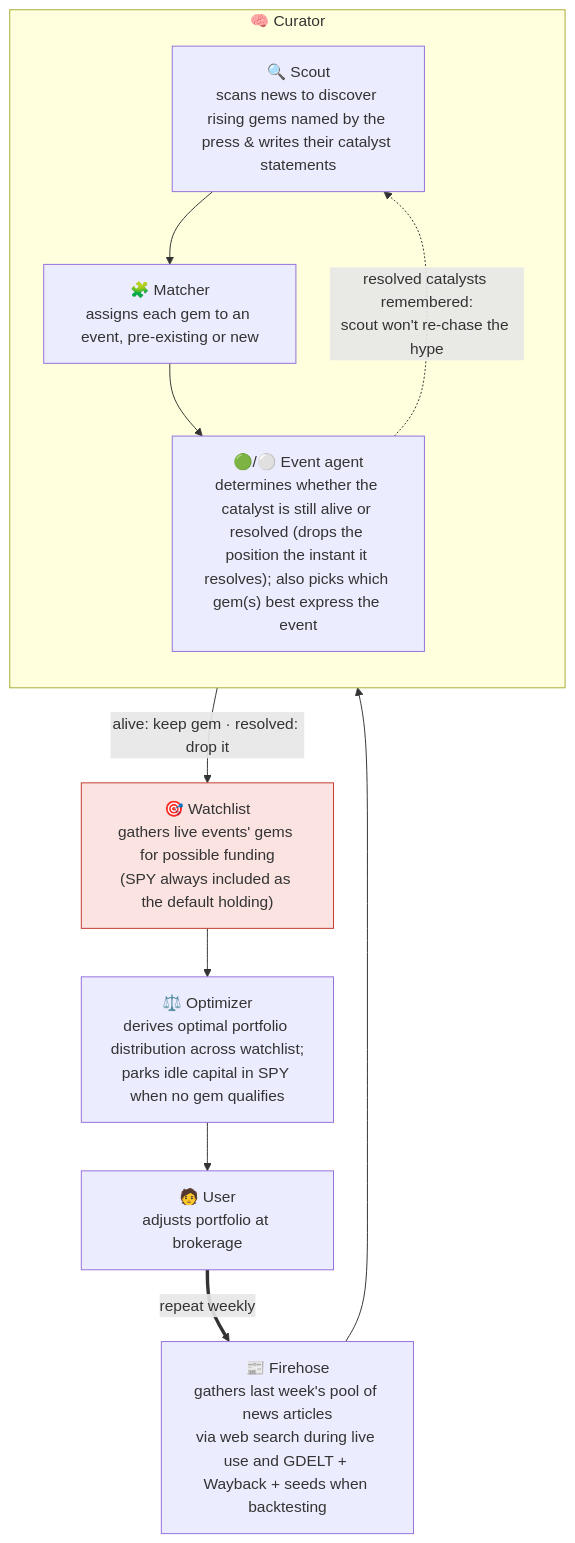
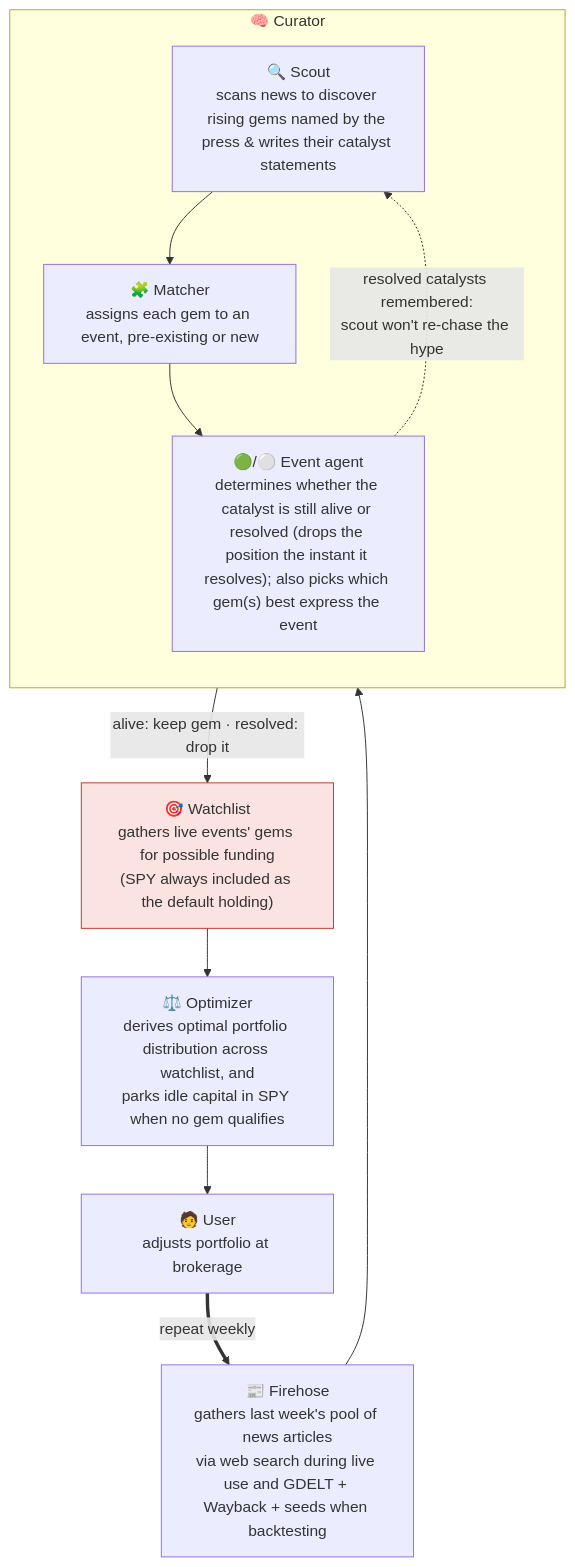
The diagram in README.md (joehahn/geo-herd-rider), drawn with Mermaid before and after one commit.

Commit message:
README diagram: Optimizer text '; parks' -> ', and parks'

````diff
--- a/README.md
+++ b/README.md
@@ -18,25 +18,25 @@
 ```mermaid
 flowchart TD
     S["📰 Firehose<br/>gathers last week's pool of news articles<br/>via web search during live use and GDELT + Wayback + seeds when backtesting"]
 
     subgraph CUR["🧠 Curator"]
       direction TB
       SC["🔍 Scout<br/>scans news to discover rising gems named by the press & writes their catalyst statements"]
       MA["🧩 Matcher<br/>assigns each gem to an event, pre-existing or new"]
       AG["🟢/⚪ Event agent<br/>determines whether the catalyst is still alive or resolved (drops the position the instant it resolves); also picks which gem(s) best express the event"]
       SC --> MA --> AG
     end
 
     E["🎯 Watchlist<br/>gathers live events' gems for possible funding<br/>(SPY always included as the default holding)"]
-    W["⚖️ Optimizer<br/>derives optimal portfolio distribution across watchlist;<br/>parks idle capital in SPY when no gem qualifies"]
+    W["⚖️ Optimizer<br/>derives optimal portfolio distribution across watchlist, and<br/>parks idle capital in SPY when no gem qualifies"]
     U["🧑 User<br/>adjusts portfolio at brokerage"]
 
     S --> SC
     AG -- "alive: keep gem · resolved: drop it" --> E
     AG -. "resolved catalysts remembered:<br/>scout won't re-chase the hype" .-> SC
     E --> W --> U
     U == "repeat weekly" ==> S
 
     classDef bet fill:#fae3e0,stroke:#c0392b;
     class E bet
 ```
````
